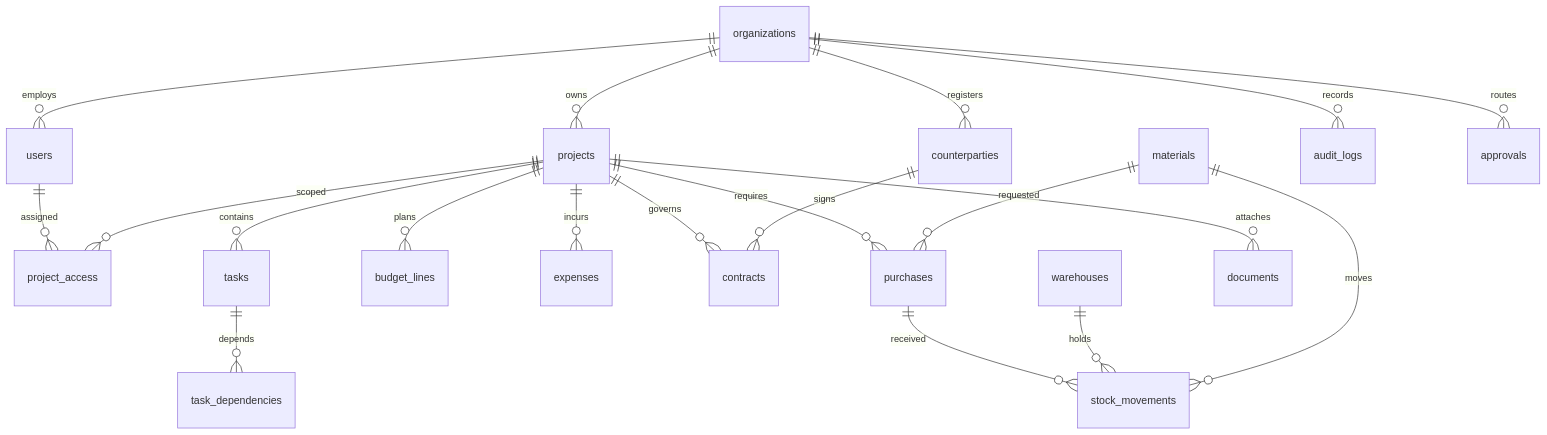
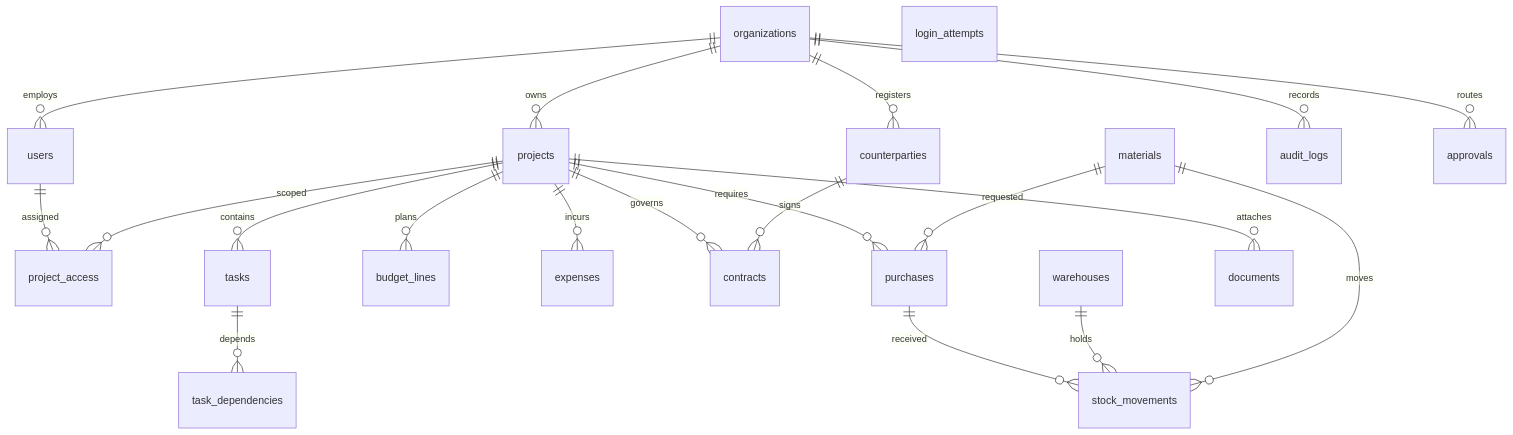
One commit to d0kuchaevmiha-arch/ERP---System changed the diagram in docs/database.md. Above: the diagram before and after it, drawn with Mermaid. The commit also changed other lines of this file and 11 other files, not shown here.

````diff
--- a/docs/database.md
+++ b/docs/database.md
@@ -3,22 +3,23 @@
 ```mermaid
 erDiagram
  organizations ||--o{ users : employs
+ login_attempts
  organizations ||--o{ projects : owns
  organizations ||--o{ counterparties : registers
  users ||--o{ project_access : assigned
  projects ||--o{ project_access : scoped
  projects ||--o{ tasks : contains
  tasks ||--o{ task_dependencies : depends
  projects ||--o{ budget_lines : plans
  projects ||--o{ expenses : incurs
  projects ||--o{ contracts : governs
  counterparties ||--o{ contracts : signs
  projects ||--o{ purchases : requires
  materials ||--o{ purchases : requested
  purchases ||--o{ stock_movements : received
  warehouses ||--o{ stock_movements : holds
  materials ||--o{ stock_movements : moves
  organizations ||--o{ audit_logs : records
  organizations ||--o{ approvals : routes
  projects ||--o{ documents : attaches
 ```
````
